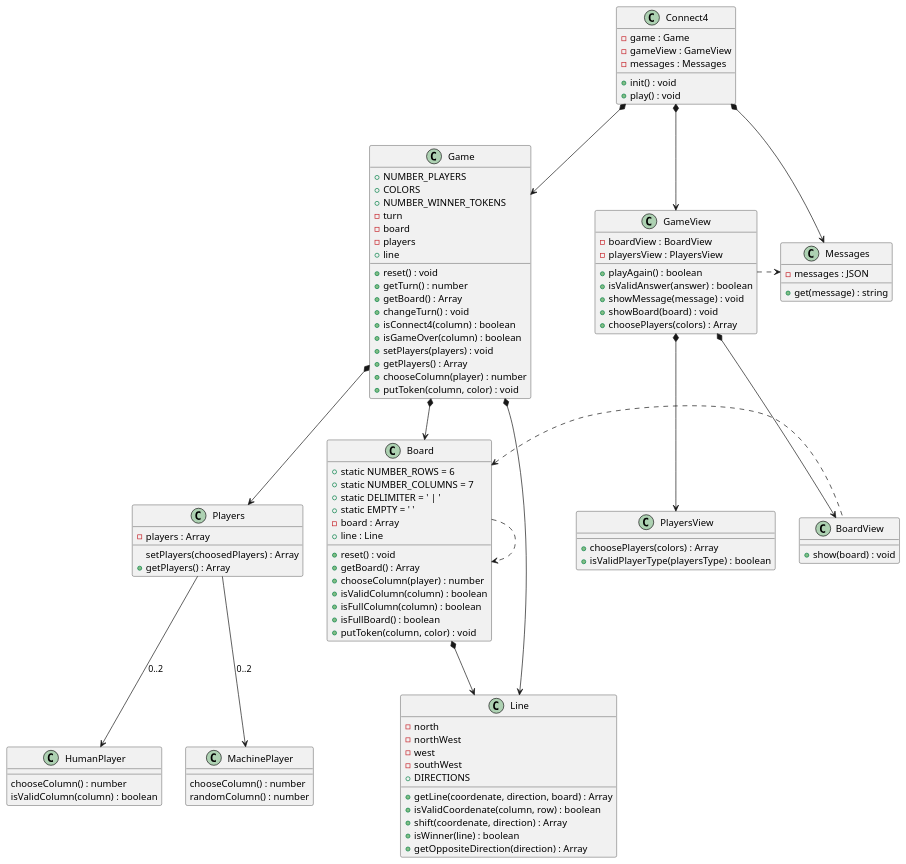
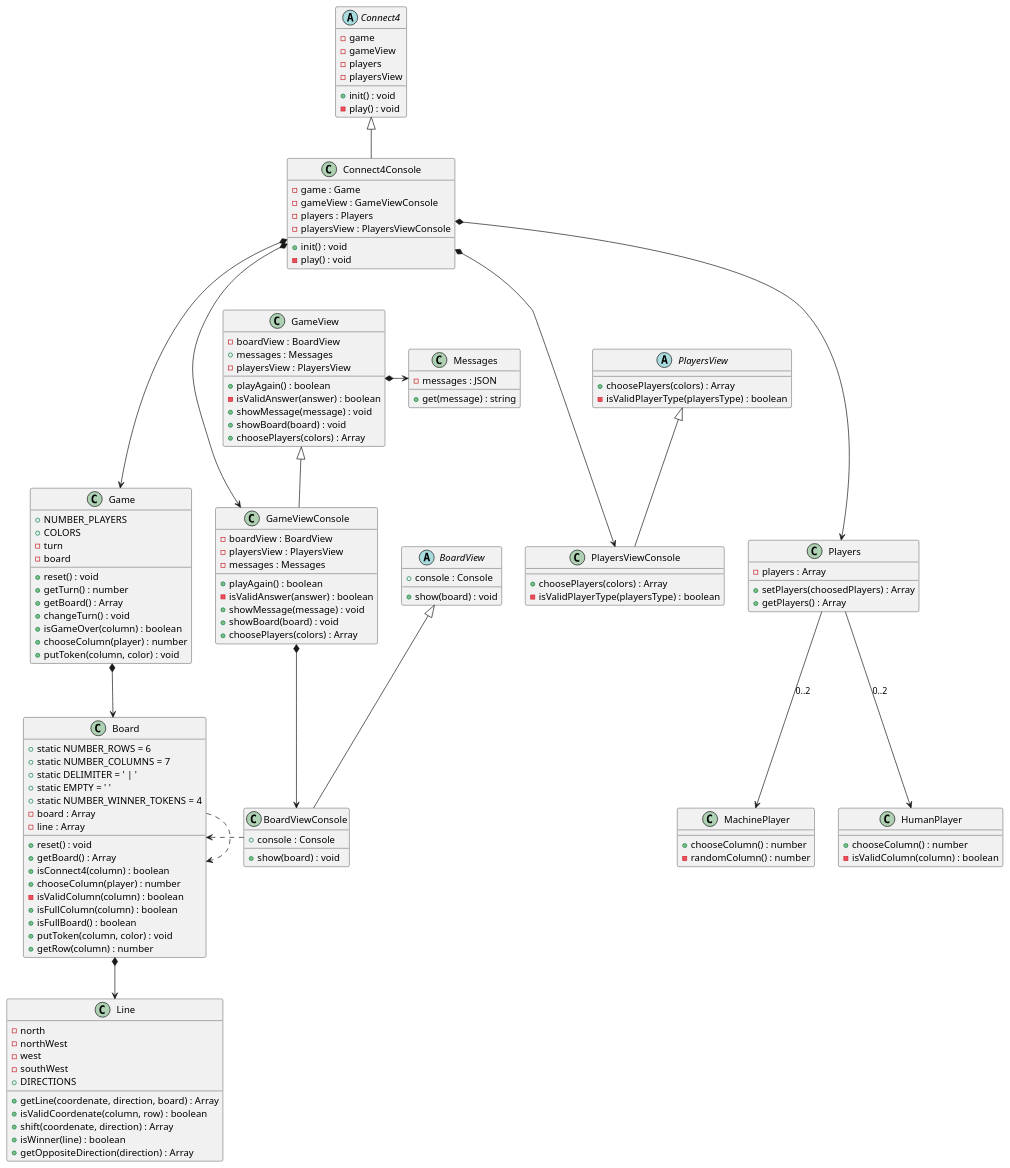
The diagram in Connect4/oop-js-clases/UML/PlantUML/structure-diagrams/classes-diagram.plantuml (BernatQI/Master-Programacion-Diseno-Software), drawn with PlantUML before and after one commit. The commit also changed 22 other files, not shown here.

```diff
--- a/Connect4/oop-js-clases/UML/PlantUML/structure-diagrams/classes-diagram.plantuml
+++ b/Connect4/oop-js-clases/UML/PlantUML/structure-diagrams/classes-diagram.plantuml
@@ -1,123 +1,157 @@
 @startuml "Classes Diagram"
 
-class Connect4 {
-  - game : Game
-  - gameView : GameView
-  - messages : Messages
+abstract class Connect4 {
+  - game
+  - gameView
+  - players
+  - playersView
 
   + init() : void
-  + play() : void
+  - play() : void
+}
+
+class Connect4Console extends Connect4 {
+  - game : Game
+  - gameView : GameViewConsole
+  - players : Players
+  - playersView : PlayersViewConsole
+
+  + init() : void
+  - play() : void
 }
 
 class Game {
   + NUMBER_PLAYERS
   + COLORS
-  + NUMBER_WINNER_TOKENS
   - turn
   - board
-  - players
-  + line
 
   + reset() : void
   + getTurn() : number
   + getBoard() : Array
   + changeTurn() : void
-  + isConnect4(column) : boolean
   + isGameOver(column) : boolean
-  + setPlayers(players) : void
-  + getPlayers() : Array
   + chooseColumn(player) : number
   + putToken(column, color) : void
 }
 
 class GameView {
   - boardView : BoardView
+  + messages : Messages
   - playersView : PlayersView
 
   + playAgain() : boolean
-  + isValidAnswer(answer) : boolean
+  - isValidAnswer(answer) : boolean
+  + showMessage(message) : void
+  + showBoard(board) : void
+  + choosePlayers(colors) : Array
+}
+
+class GameViewConsole  extends GameView {
+  - boardView : BoardView
+  - playersView : PlayersView
+  - messages : Messages
+
+  + playAgain() : boolean
+  - isValidAnswer(answer) : boolean
   + showMessage(message) : void
   + showBoard(board) : void
   + choosePlayers(colors) : Array
 }
 
 class Board {
   + static NUMBER_ROWS = 6
   + static NUMBER_COLUMNS = 7
   + static DELIMITER = ' | '
   + static EMPTY = ' '
+  + static NUMBER_WINNER_TOKENS = 4
   - board : Array
-  + line : Line
+  - line : Array
 
   + reset() : void
   + getBoard() : Array
+  + isConnect4(column) : boolean
   + chooseColumn(player) : number
-  + isValidColumn(column) : boolean
+  - isValidColumn(column) : boolean
   + isFullColumn(column) : boolean
   + isFullBoard() : boolean
   + putToken(column, color) : void
+  + getRow(column) : number
 }
-class BoardView {
+
+abstract class BoardView {
+  + console : Console
+
+  + show(board) : void
+}
+
+class BoardViewConsole extends BoardView {
+  + console : Console
+
   + show(board) : void
 }
 
 class Players {
   - players : Array
 
-  setPlayers(choosedPlayers) : Array
+  + setPlayers(choosedPlayers) : Array
   + getPlayers() : Array
 }
-class PlayersView {
+abstract class PlayersView {
   + choosePlayers(colors) : Array
-  + isValidPlayerType(playersType) : boolean
+  - isValidPlayerType(playersType) : boolean
 }
+
+class PlayersViewConsole extends PlayersView {
+  + choosePlayers(colors) : Array
+  - isValidPlayerType(playersType) : boolean
+}
+
 class HumanPlayer {
-  chooseColumn() : number
-  isValidColumn(column) : boolean
+  + chooseColumn() : number
+  - isValidColumn(column) : boolean
 }
 class MachinePlayer {
-  chooseColumn() : number
-  randomColumn() : number
+  + chooseColumn() : number
+  - randomColumn() : number
 }
 
 class Line {
   - north
   - northWest
   - west
   - southWest
   + DIRECTIONS
 
   + getLine(coordenate, direction, board) : Array
   + isValidCoordenate(column, row) : boolean
   + shift(coordenate, direction) : Array
   + isWinner(line) : boolean
   + getOppositeDirection(direction) : Array
 }
 
 class Messages {
   - messages : JSON
 
   + get(message) : string
 }
 
-Connect4 *-down-> Game
-Connect4 *-down-> GameView
-Connect4 *-down-> Messages
+Connect4Console *--down-> Game
+Connect4Console *--down-> Players
+Connect4Console *--down-> PlayersViewConsole
+Connect4Console *--down-> GameViewConsole
 
 Game *-down-> Board
-Game *-down-> Players
-Game *-down-> Line
 
-GameView *-down-> BoardView
-GameView *-down-> PlayersView
-GameView .> Messages
+GameViewConsole *-down-> BoardViewConsole
+GameView *-> Messages
 
 Board *-down-> Line
 Board .> Board
 
-BoardView .left.> Board
+BoardViewConsole .left.> Board
 
 Players -down-> HumanPlayer : 0..2
 Players -down-> MachinePlayer : 0..2
 
 @enduml
```
